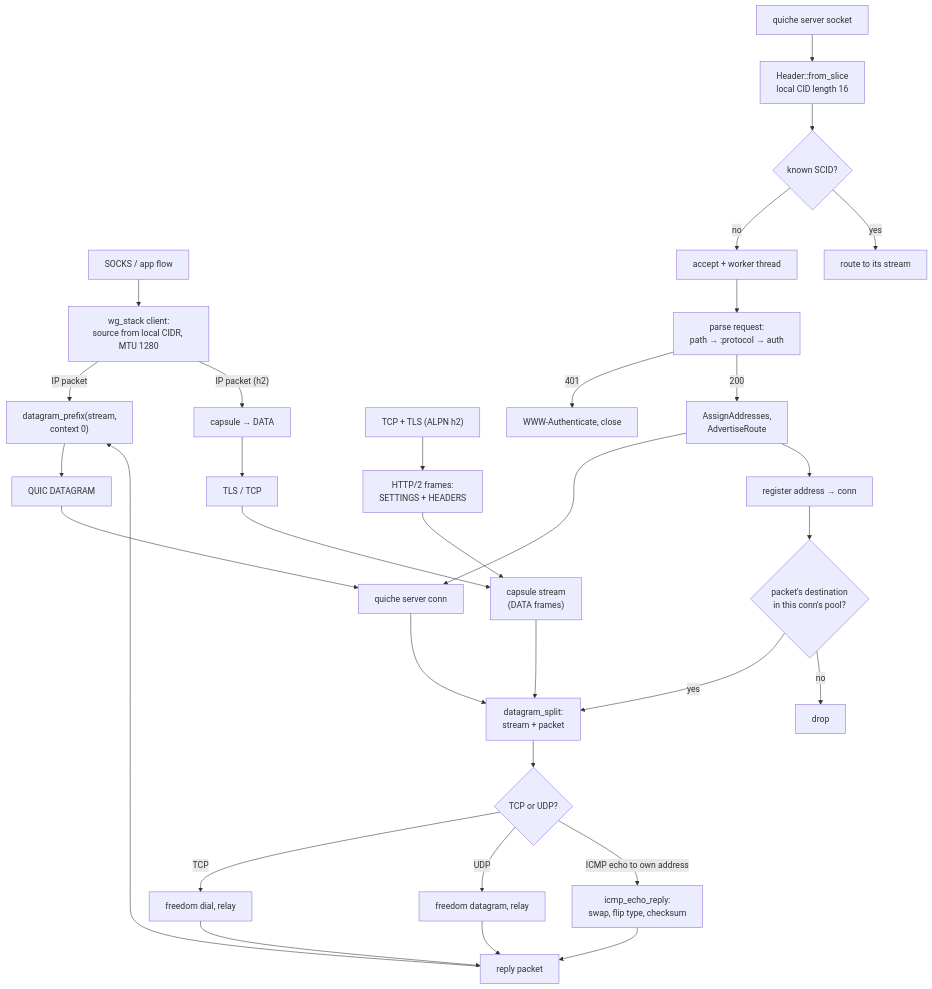
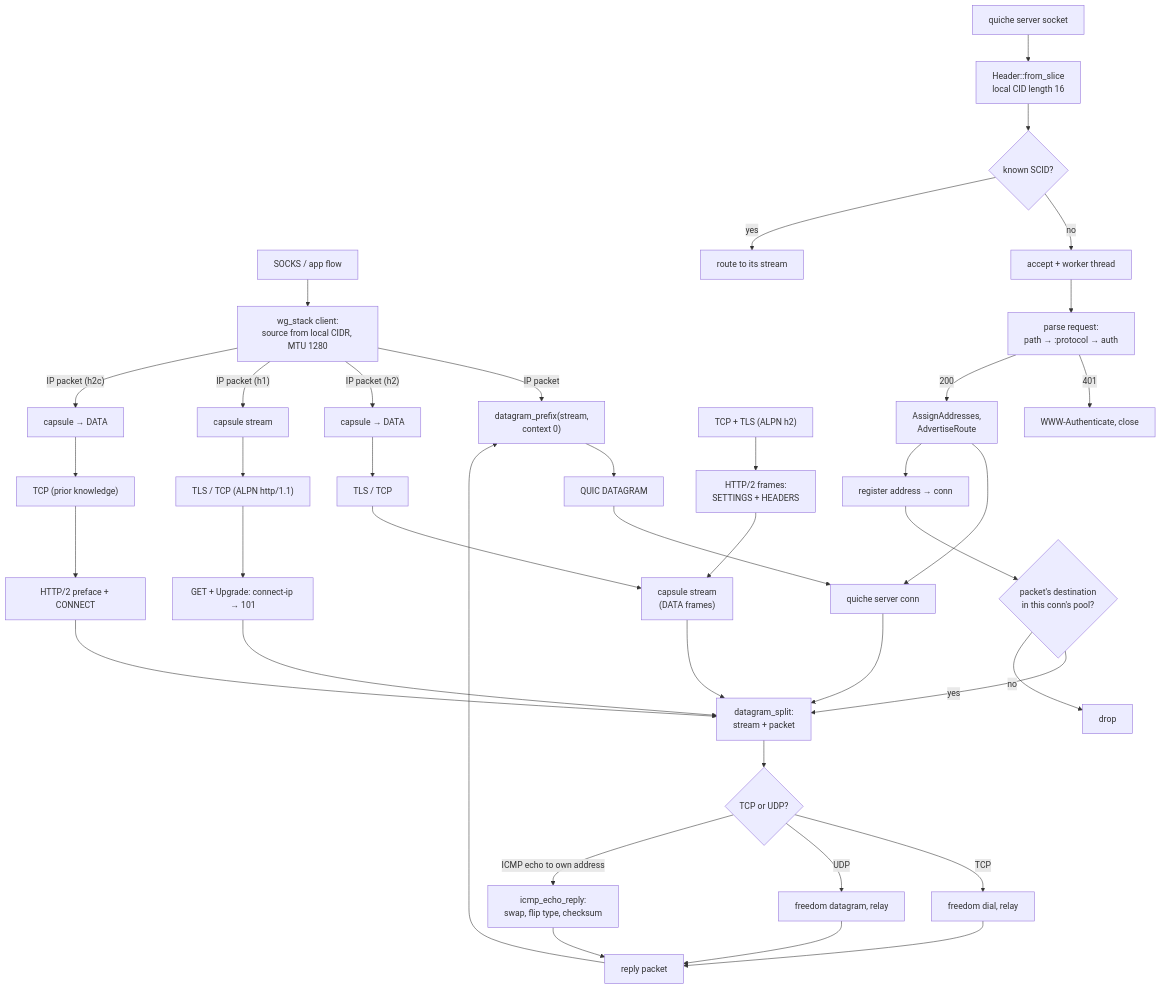
Before and after one commit to Ferrocite/ferrox: the diagram in docs/function/carrier-masque.md, drawn with Mermaid. The commit also changed other lines of this file and 5 other files, not shown here.

Commit message:
masque: carry CONNECT-IP over HTTP/1.1 and h2c

````diff
--- a/docs/function/carrier-masque.md
+++ b/docs/function/carrier-masque.md
@@ -13,32 +15,40 @@
 ```mermaid
 graph TD
     A["SOCKS / app flow"] --> B["wg_stack client:<br/>source from local CIDR, MTU 1280"]
     B -- "IP packet" --> C["datagram_prefix(stream,<br/>context 0)"]
     C --> D["QUIC DATAGRAM"]
     B -- "IP packet (h2)" --> HC["capsule → DATA"]
     HC --> HT["TLS / TCP"]
     HT --> H2S
+    B -- "IP packet (h1)" --> H1C["capsule stream"]
+    H1C --> H1T["TLS / TCP (ALPN http/1.1)"]
+    B -- "IP packet (h2c)" --> H2CC["capsule → DATA"]
+    H2CC --> H2CT["TCP (prior knowledge)"]
     D --> E["quiche server conn"]
     E --> F["datagram_split:<br/>stream + packet"]
     H2["TCP + TLS (ALPN h2)"] --> H2F["HTTP/2 frames:<br/>SETTINGS + HEADERS"]
     H2F --> H2S["capsule stream<br/>(DATA frames)"]
     H2S --> F
+    H1T --> H1S["GET + Upgrade: connect-ip → 101"]
+    H2CT --> H2CS["HTTP/2 preface + CONNECT"]
+    H1S --> F
+    H2CS --> F
     F --> G{"TCP or UDP?"}
     G -- TCP --> H["freedom dial, relay"]
     G -- UDP --> I["freedom datagram, relay"]
     G -- "ICMP echo to own address" --> IC["icmp_echo_reply:<br/>swap, flip type, checksum"]
     H & I & IC --> J["reply packet"]
     J --> C
     S["quiche server socket"] --> T["Header::from_slice<br/>local CID length 16"]
     T --> U{"known SCID?"}
     U -- no --> V["accept + worker thread"]
     U -- yes --> W["route to its stream"]
     V --> X["parse request:<br/>path → :protocol → auth"]
     X -- "401" --> Y["WWW-Authenticate, close"]
     X -- "200" --> Z["AssignAddresses,<br/>AdvertiseRoute"]
     Z --> E
     Z --> AA["register address → conn"]
     AA --> AB{"packet's destination<br/>in this conn's pool?"}
     AB -- yes --> F
     AB -- no --> AC["drop"]
 ```
````
